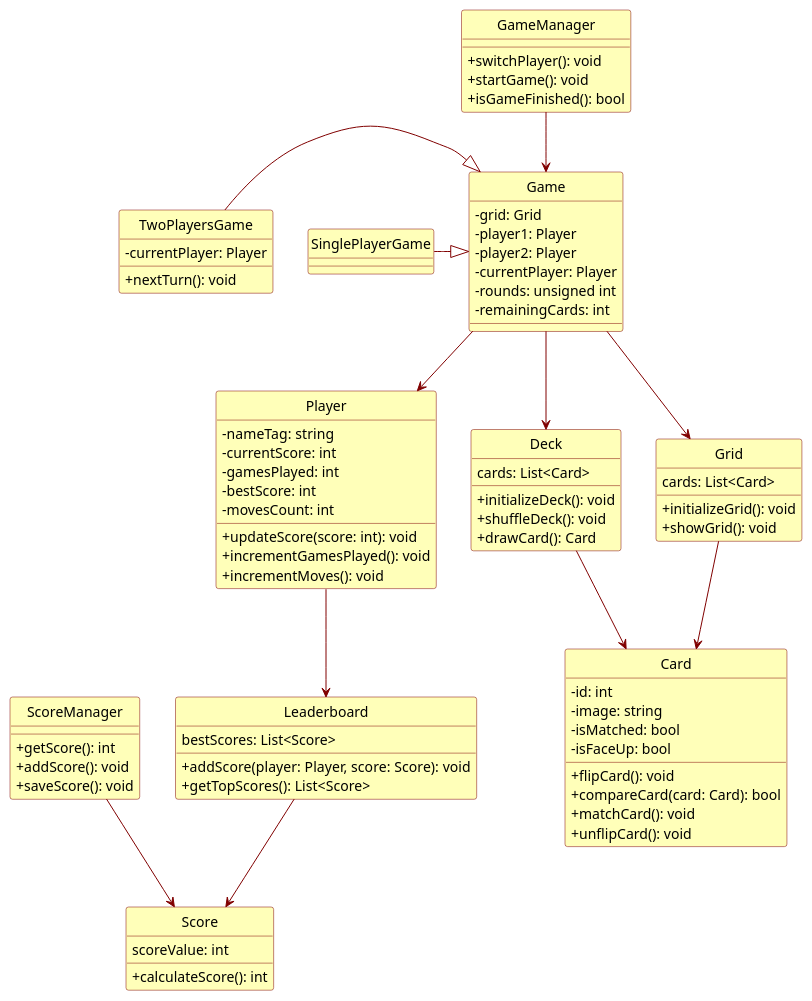
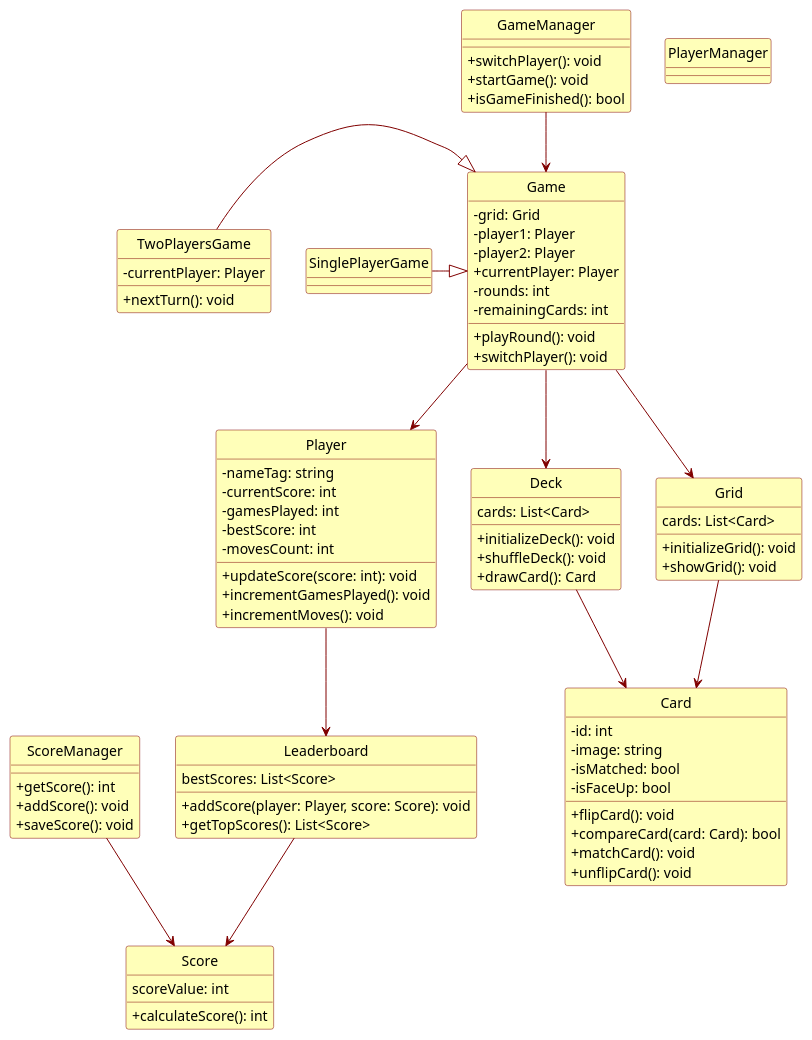
One commit to PosiTr0n505/Game-Memory changed the diagram in src/Docs/Diagrammes/classes.md. Above: the diagram before and after it, drawn with PlantUML.

Commit message:
Mise à jour de 'src/Docs/Diagrammes/classes.md'

```diff
--- a/src/Docs/Diagrammes/classes.md
+++ b/src/Docs/Diagrammes/classes.md
@@ -51,9 +51,11 @@
 - grid: Grid
 - player1: Player
 - player2: Player
-- currentPlayer: Player
-- rounds: unsigned int
++ currentPlayer: Player
+- rounds: int
 - remainingCards: int
++ playRound(): void
++ switchPlayer(): void
 }
 
 ' Classe GameManager
@@ -70,6 +72,12 @@
 + getScore(): int
 + addScore(): void
 + saveScore(): void 
+}
+
+' Classe PlayerManager 
+class PlayerManager{
+
+
 }
 
 ' Classe PartieTwoPlayers héritant de Partie
```
